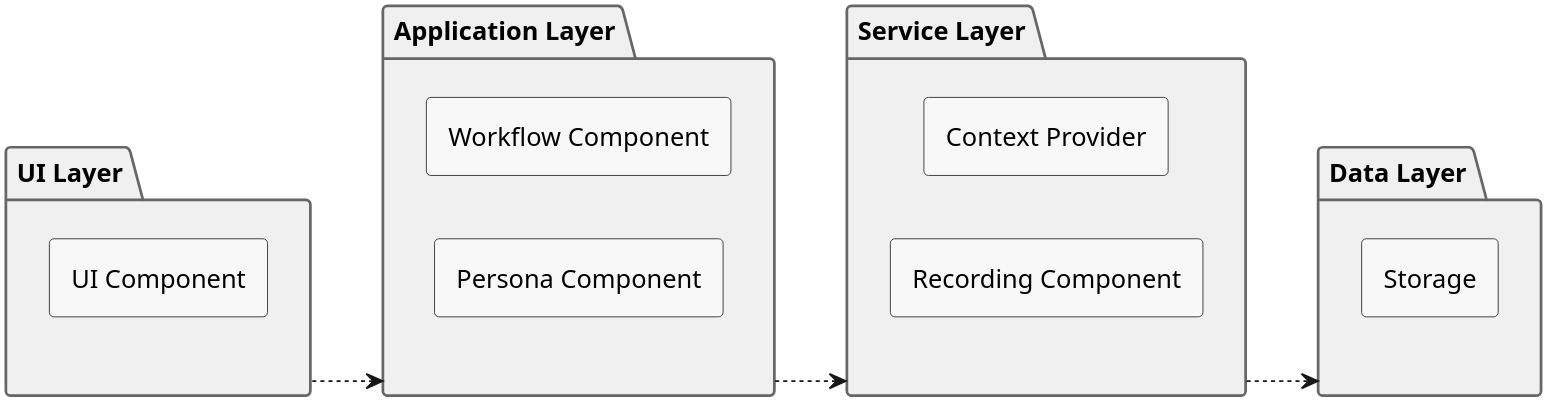
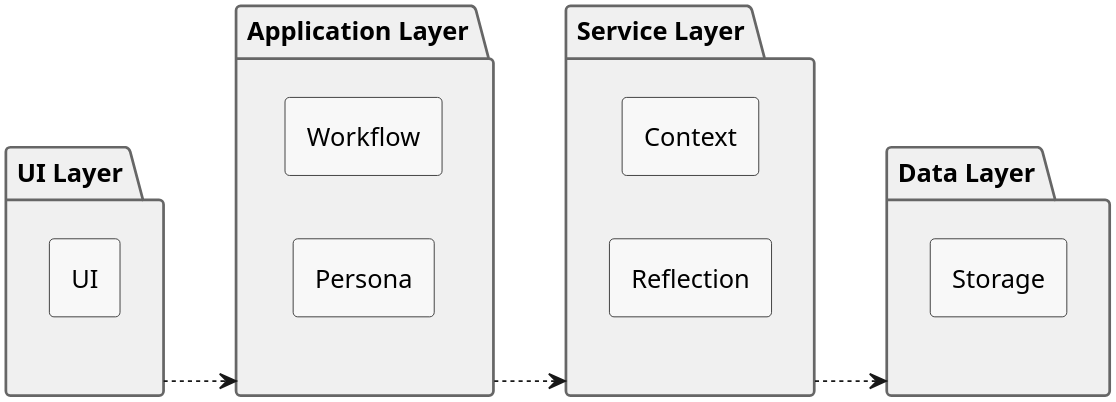
The diagram in docs/diagrams/src/architecture-diagram.wsd (hoetaek/reflective-conversational-journal), drawn with PlantUML before and after one commit. The commit also changed 3 other files, not shown here.

Commit message:
refactor: Update architecture diagrams for consistency and clarity in component naming; remove unused implementation and activity diagrams

```diff
--- a/docs/diagrams/src/architecture-diagram.wsd
+++ b/docs/diagrams/src/architecture-diagram.wsd
@@ -1,46 +1,46 @@
-@startuml
+@startuml architecture-diagram
 skinparam defaultTextAlignment center
 skinparam dpi 300
 skinparam padding 2
 
 skinparam componentStyle rectangle
 
 skinparam package {
     BackgroundColor #F0F0F0
     BorderColor #666666
     FontSize 14
     FontStyle bold
 }
 skinparam component {
     BackgroundColor #F8F8F8
     BorderColor #333333
 }
 
 left to right direction
 
 package "UI Layer" {
-    [UI Component] as UI
+    [UI] as UI
 }
 
 package "Application Layer" {
-    [Workflow Component] as Workflow
-    [Persona Component] as Persona
+    [Workflow] as Workflow
+    [Persona] as Persona
 }
 
 package "Service Layer" {
-    [Context Provider] as Context
-    [Recording Component] as Recording
+    [Context] as Context
+    [Reflection] as Reflection
 }
 
 package "Data Layer" {
     [Storage] as Storage
 }
 
 ' Layer Dependencies (Strict Layered Architecture)
 ' Rule: Upper layers depend on lower layers only
 "UI Layer" ..> "Application Layer"
 "Application Layer" ..> "Service Layer"
 "Service Layer" ..> "Data Layer"
 ' Note: Application Layer cannot access Data Layer directly
 
 @enduml
```
